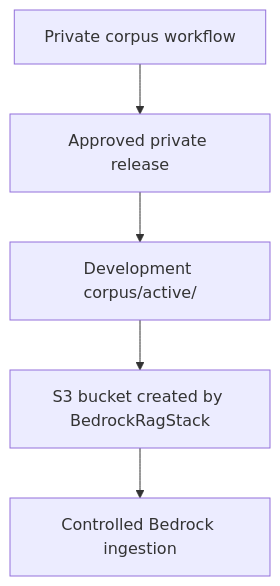
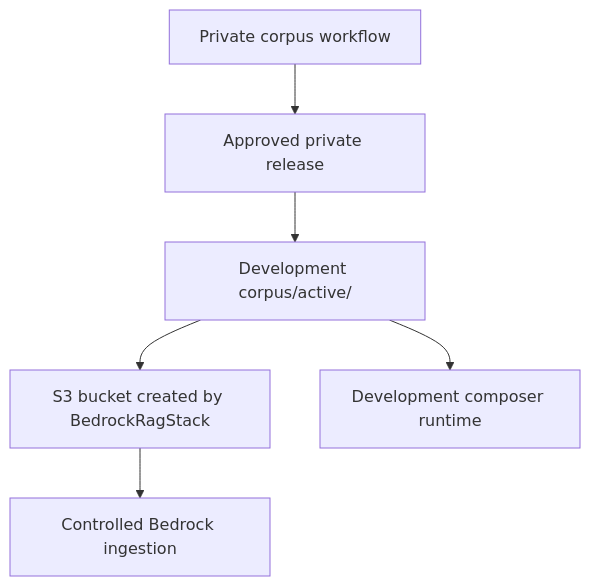
One commit to ava-collins/simple-tarot changed the second of 2 diagrams in .agents/bedrock-rag-api-reference.md. Above: the diagram before and after it, drawn with Mermaid. The commit also changed other lines of this file and 15 other files, not shown here.

````diff
--- a/.agents/bedrock-rag-api-reference.md
+++ b/.agents/bedrock-rag-api-reference.md
@@ -143,13 +158,14 @@
 ```mermaid
 flowchart TB
     Owner["Private corpus workflow"]
     Release["Approved private release"]
     S3["S3 bucket created by BedrockRagStack"]
     Active["Development corpus/active/"]
     Sync["Controlled Bedrock ingestion"]
 
     Owner --> Release
     Release --> Active
     Active --> S3
     S3 --> Sync
+    Active --> Runtime["Development composer runtime"]
 ```
````
